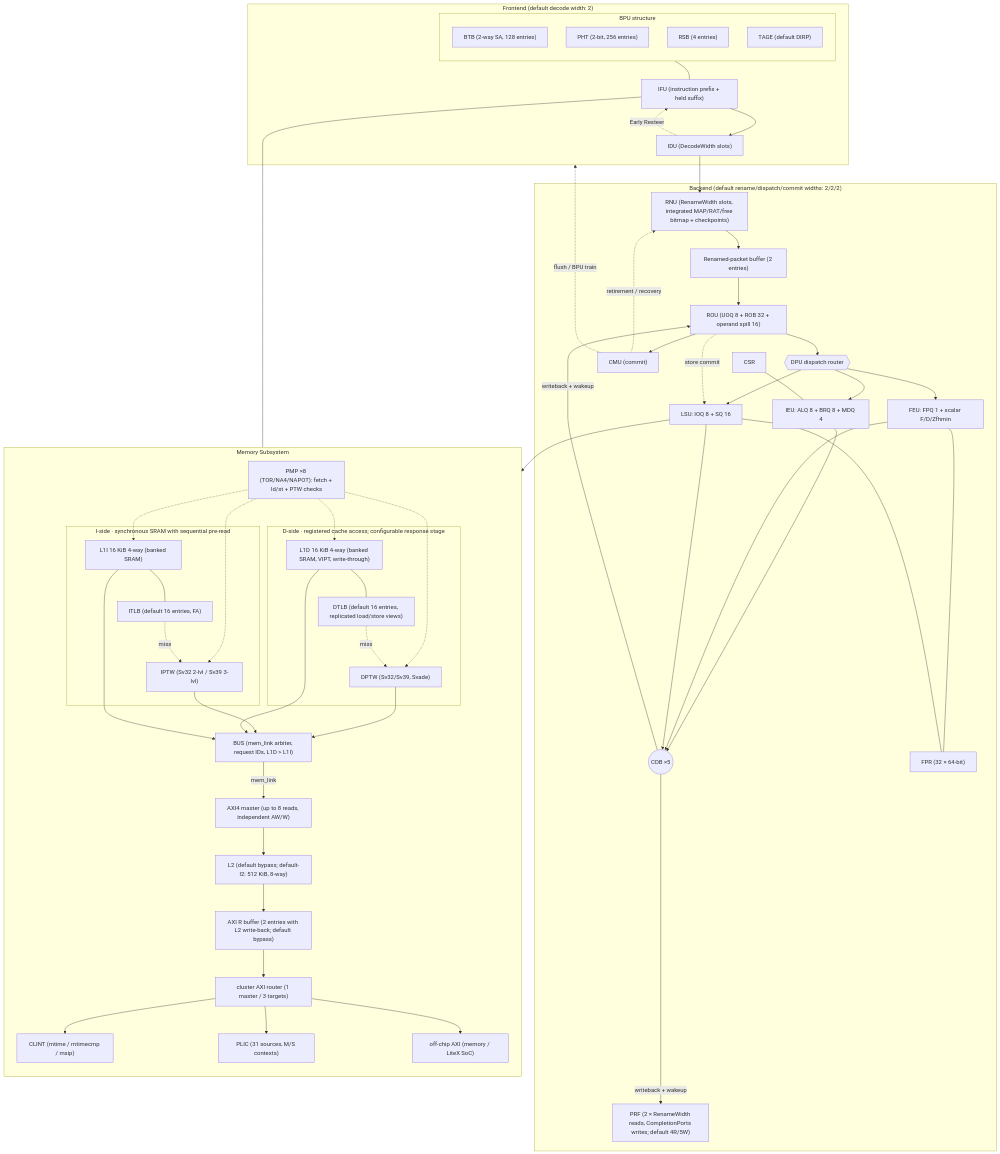
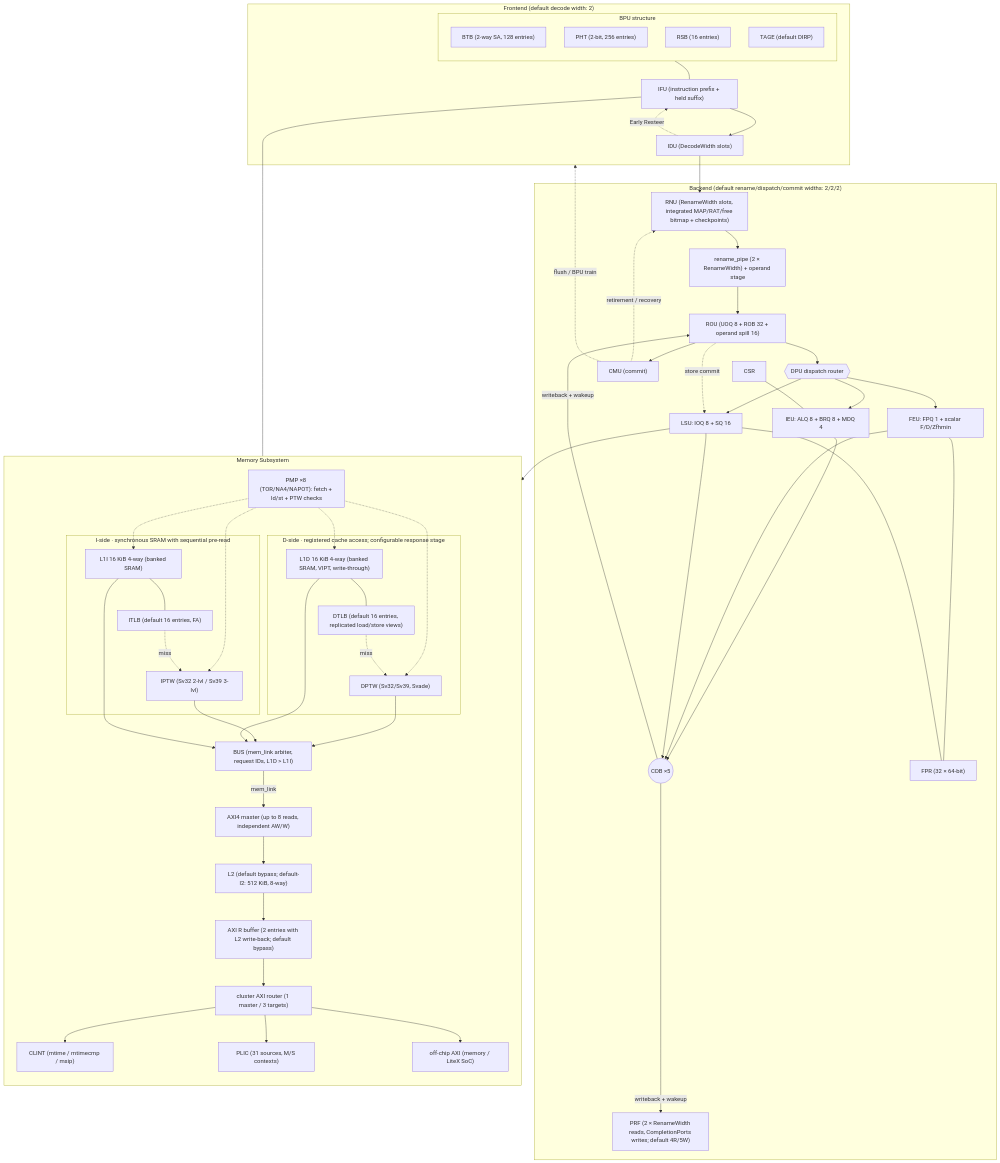
The diagram in README.md (Kingfish404/raptor-chip), drawn with Mermaid before and after one commit. The commit also changed other lines of this file and 286 other files, not shown here.

````diff
--- a/README.md
+++ b/README.md
@@ -44,75 +44,75 @@
 ```mermaid
 flowchart TD
   subgraph BPU["BPU structure"]
     direction TD
     BTB["BTB (2-way SA, 128 entries)"]
     PHT["PHT (2-bit, 256 entries)"]
-    RSB["RSB (4 entries)"]
+    RSB["RSB (16 entries)"]
     TAGE["TAGE (default DIRP)"]
   end
   subgraph FE["Frontend (default decode width: 2)"]
     BPU["BPU (TAGE/BTB/RSB)"]
     IFU["IFU (instruction prefix + held suffix)"]
     IDU["IDU (DecodeWidth slots)"]
   end
   subgraph BE["Backend (default rename/dispatch/commit widths: 2/2/2)"]
     RNU["RNU (RenameWidth slots, integrated MAP/RAT/free bitmap + checkpoints)"]
-    RBUF["Renamed-packet buffer (2 entries)"]
+    RBUF["rename_pipe (2 × RenameWidth) + operand stage"]
     ROU["ROU (UOQ 8 + ROB 32 + operand spill 16)"]
     DPU{{"DPU dispatch router"}}
     IEU["IEU: ALQ 8 + BRQ 8 + MDQ 4"]
     FEU["FEU: FPQ 1 + scalar F/D/Zfhmin"]
     LSU["LSU: IOQ 8 + SQ 16"]
     CDB(("CDB ×5"))
     PRF["PRF (2 × RenameWidth reads, CompletionPorts writes; default 4R/5W)"]
     FPR["FPR (32 × 64-bit)"]
     CMU["CMU (commit)"]
     CSR
   end
   subgraph MEM["Memory Subsystem"]
     direction TD
     subgraph IMEM["I-side · synchronous SRAM with sequential pre-read"]
       L1I["L1I 16 KiB 4-way (banked SRAM)"]
       ITLB["ITLB (default 16 entries, FA)"]
       IPTW["IPTW (Sv32 2-lvl / Sv39 3-lvl)"]
     end
     subgraph DMEM["D-side · registered cache access; configurable response stage"]
       L1D["L1D 16 KiB 4-way (banked SRAM, VIPT, write-through)"]
       DTLB["DTLB (default 16 entries, replicated load/store views)"]
       DPTW["DPTW (Sv32/Sv39, Svade)"]
     end
     PMPC["PMP ×8 (TOR/NA4/NAPOT): fetch + ld/st + PTW checks"]
     BUS["BUS (mem_link arbiter, request IDs, L1D > L1I)"]
     AXIM["AXI4 master (up to 8 reads, independent AW/W)"]
     L2["L2 (default bypass; default-l2: 512 KiB, 8-way)"]
     RBUF_AXI["AXI R buffer (2 entries with L2 write-back; default bypass)"]
     RTR["cluster AXI router (1 master / 3 targets)"]
     CLINT["CLINT (mtime / mtimecmp / msip)"]
     PLIC["PLIC (31 sources, M/S contexts)"]
     EXT["off-chip AXI (memory / LiteX SoC)"]
   end
   BPU --- IFU
   IFU --> IDU --> RNU
   IDU -."Early Resteer".-> IFU
   RNU --> RBUF --> ROU --> DPU
   DPU --> IEU & FEU & LSU
   IEU & FEU & LSU --> CDB
   CDB -->|"writeback + wakeup"| ROU & PRF
   FEU --- FPR
   LSU --- FPR
   ROU --> CMU
   ROU -."store commit".-> LSU
   CMU -."flush / BPU train".-> FE
   CMU -."retirement / recovery".-> RNU
   CSR --- IEU
   IFU --- L1I
   L1I --- ITLB
   ITLB -."miss".-> IPTW
   LSU --> L1D
   L1D --- DTLB
   DTLB -."miss".-> DPTW
   PMPC -.-> L1I & L1D & IPTW & DPTW
   L1I & L1D & IPTW & DPTW --> BUS
   BUS -->|mem_link| AXIM --> L2 --> RBUF_AXI --> RTR
   RTR --> CLINT & PLIC & EXT
 ```
````
